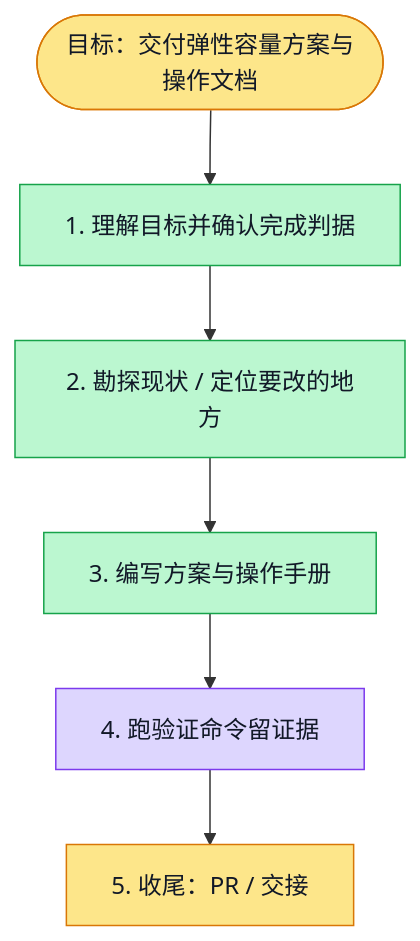
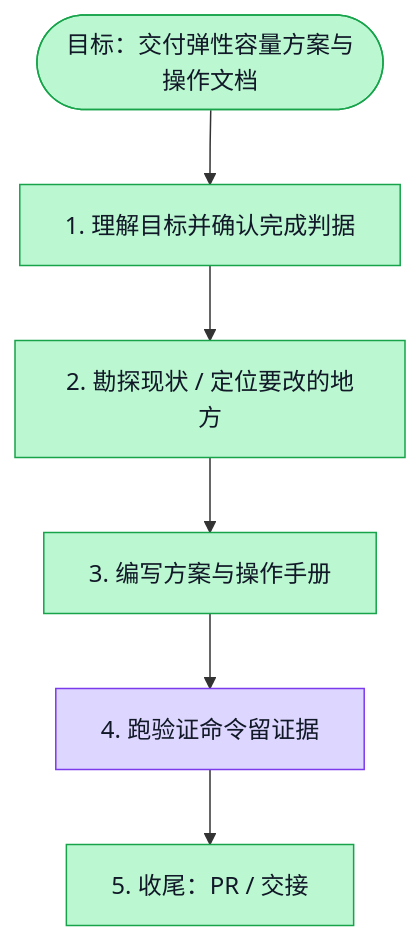
The diagram in docs/design/sandbox-capacity/elastic-delivery.md (boardx/workspacex), drawn with Mermaid before and after one commit.

Commit message:
docs: complete document delivery plan

````diff
--- a/docs/design/sandbox-capacity/elastic-delivery.md
+++ b/docs/design/sandbox-capacity/elastic-delivery.md
@@ -17,25 +17,25 @@
 ```mermaid
 flowchart TD
   G([目标：交付弹性容量方案与操作文档])
   S1[1. 理解目标并确认完成判据]
   S2[2. 勘探现状 / 定位要改的地方]
   S3[3. 编写方案与操作手册]
   S4[4. 跑验证命令留证据]
   S5[5. 收尾：PR / 交接]
 
   G --> S1 --> S2 --> S3 --> S4 --> S5
 
   classDef todo fill:#e5e7eb,stroke:#6b7280,color:#111827
   classDef doing fill:#fde68a,stroke:#d97706,color:#111827
   classDef done fill:#bbf7d0,stroke:#16a34a,color:#111827
   classDef tested fill:#ddd6fe,stroke:#7c3aed,color:#111827
   classDef blocked fill:#fecaca,stroke:#dc2626,color:#111827
 
-  class G doing
+  class G done
   class S1 done
   class S2 done
   class S3 done
   class S4 tested
   %% evidence S4: 本地链接13项、代码围栏、git diff --check、lint:execution-plan均通过；证据见本文档
-  class S5 doing
+  class S5 done
 ```
````
